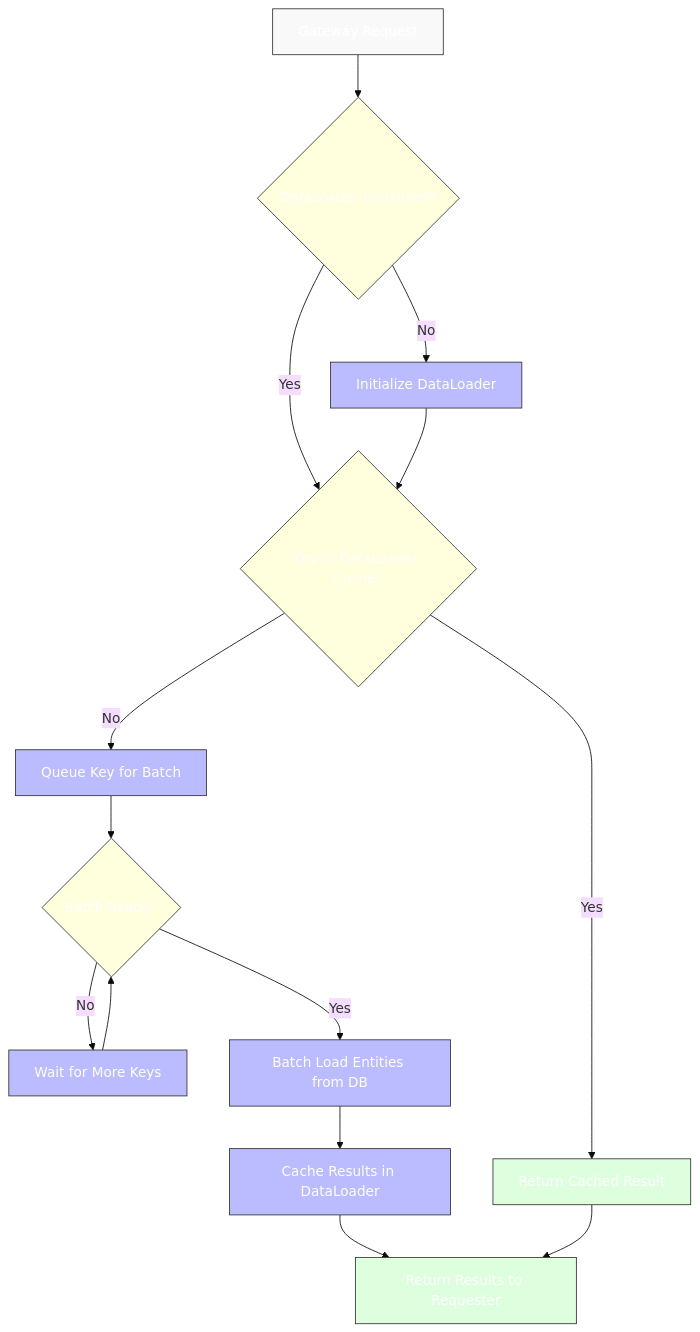
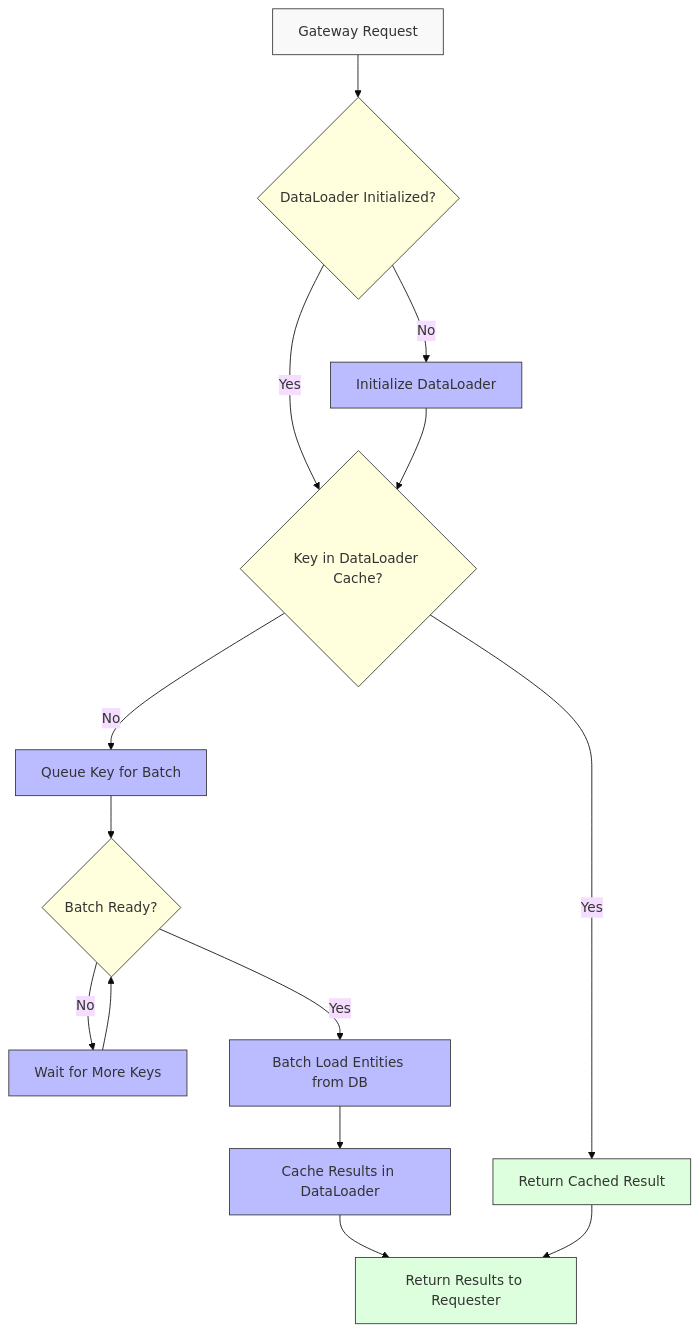
Before and after one commit to vinodhj/graphql-gateway-microservices: the second of 3 diagrams in docs/tdd/lld.md, drawn with Mermaid (base theme).

Commit message:
diagram color fix v3

````diff
--- a/docs/tdd/lld.md
+++ b/docs/tdd/lld.md
@@ -152,26 +152,26 @@
 ```mermaid
 flowchart TD
     A[Gateway Request] --> B{DataLoader Initialized?}
     B -- No --> C[Initialize DataLoader]
     B -- Yes --> D{Key in DataLoader Cache?}
     C --> D
     D -- Yes --> E[Return Cached Result]
     D -- No --> F[Queue Key for Batch]
     F --> G{Batch Ready?}
     G -- No --> H[Wait for More Keys]
     G -- Yes --> I[Batch Load Entities from DB]
     H --> G
     I --> J[Cache Results in DataLoader]
     J --> K[Return Results to Requester]
     E --> K
 
-    classDef start fill:#f9f9f9,stroke:#333,stroke-width:1px,color:#fff
-    classDef process fill:#bbf,stroke:#333,stroke-width:1px,color:#fff
-    classDef decision fill:#ffd,stroke:#333,stroke-width:1px,color:#fff
-    classDef endNode fill:#dfd,stroke:#333,stroke-width:1px,color:#fff
+    classDef start fill:#f9f9f9,stroke:#333,stroke-width:1px,color:#333
+    classDef process fill:#bbf,stroke:#333,stroke-width:1px,color:#333
+    classDef decision fill:#ffd,stroke:#333,stroke-width:1px,color:#333
+    classDef endNode fill:#dfd,stroke:#333,stroke-width:1px,color:#333
 
     class A start
     class B,D,G decision
     class C,F,H,I,J process
     class E,K endNode
 ```
````
